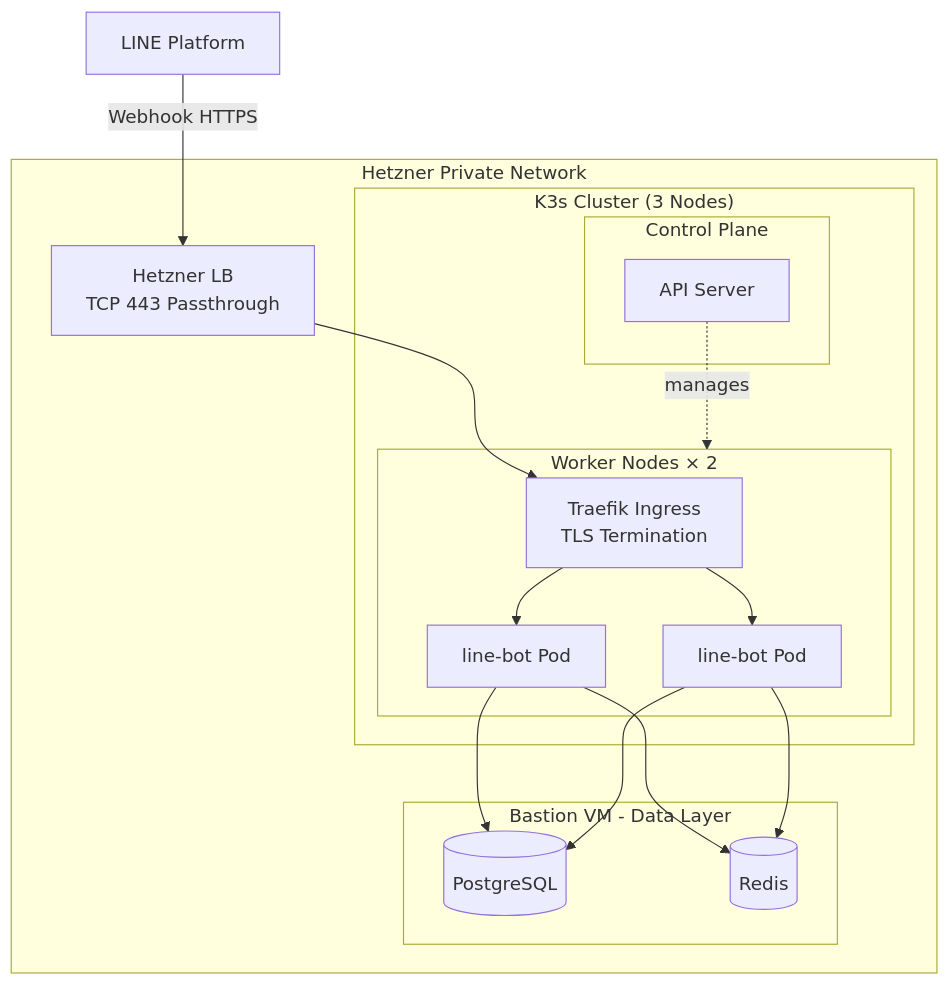
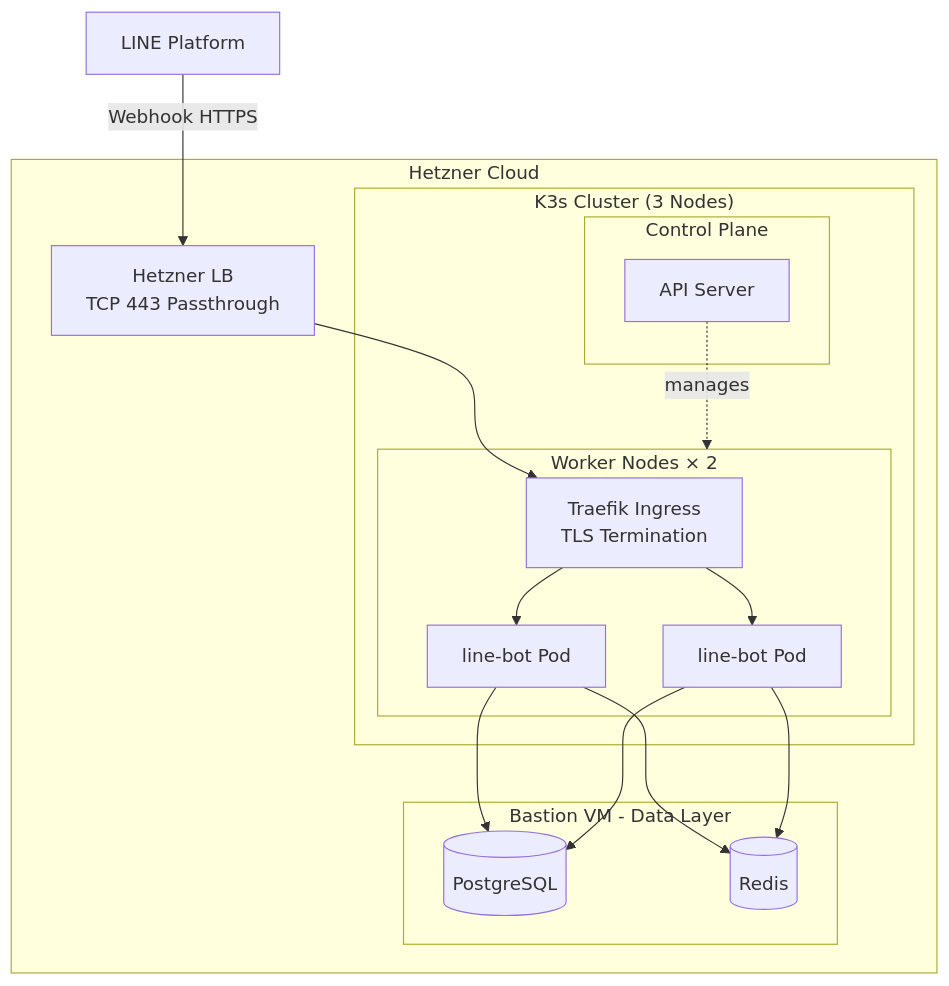
The diagram in README.en.md (kyomind/weamind-infra), drawn with Mermaid before and after one commit. The commit also changed other lines of this file and 1 other file, not shown here.

Commit message:
Update Hetzner Private Network references to Hetzner Cloud

````diff
--- a/README.en.md
+++ b/README.en.md
@@ -11,35 +11,35 @@
 ```mermaid
 flowchart TD
     LINE[LINE Platform] -->|Webhook HTTPS| LB
 
-    subgraph Hetzner["Hetzner Private Network"]
+    subgraph Hetzner["Hetzner Cloud"]
         LB[Hetzner LB<br/>TCP 443 Passthrough]
 
         subgraph K3s["K3s Cluster (3 Nodes)"]
             subgraph CP["Control Plane"]
                 API[API Server]
             end
 
             subgraph Workers["Worker Nodes × 2"]
                 Ingress[Traefik Ingress<br/>TLS Termination]
                 Pod1[line-bot Pod]
                 Pod2[line-bot Pod]
             end
 
             API -.->|manages| Workers
         end
 
         subgraph Bastion["Bastion VM - Data Layer"]
             PG[(PostgreSQL)]
             Redis[(Redis)]
         end
     end
 
     LB --> Ingress
     Ingress --> Pod1
     Ingress --> Pod2
     Pod1 --> PG
     Pod1 --> Redis
     Pod2 --> PG
     Pod2 --> Redis
 ```
````
